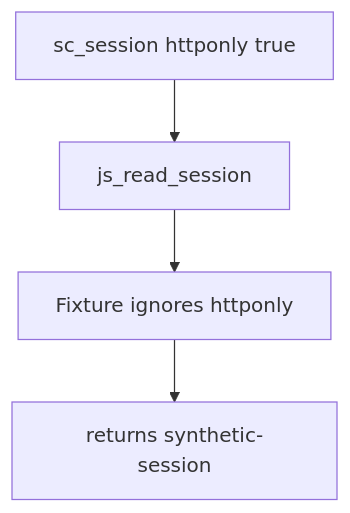
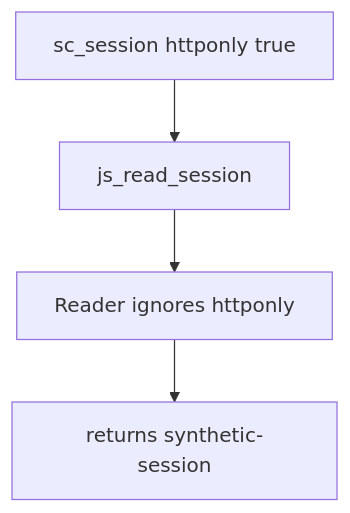
The diagram in content/modules/2/2.3/lessons/03-break.md (ishitvagoel/LearnSecurity), drawn with Mermaid before and after one commit. The commit also changed other lines of this file and 7 other files, not shown here.

````diff
--- a/content/modules/2/2.3/lessons/03-break.md
+++ b/content/modules/2/2.3/lessons/03-break.md
@@ -17,6 +24,6 @@
 ```mermaid
 flowchart TD
   Cookie["sc_session httponly true"] --> Read["js_read_session"]
-  Read --> Ignore[Fixture ignores httponly]
+  Read --> Ignore[Reader ignores httponly]
   Ignore --> Leak["returns synthetic-session"]
 ```
````
